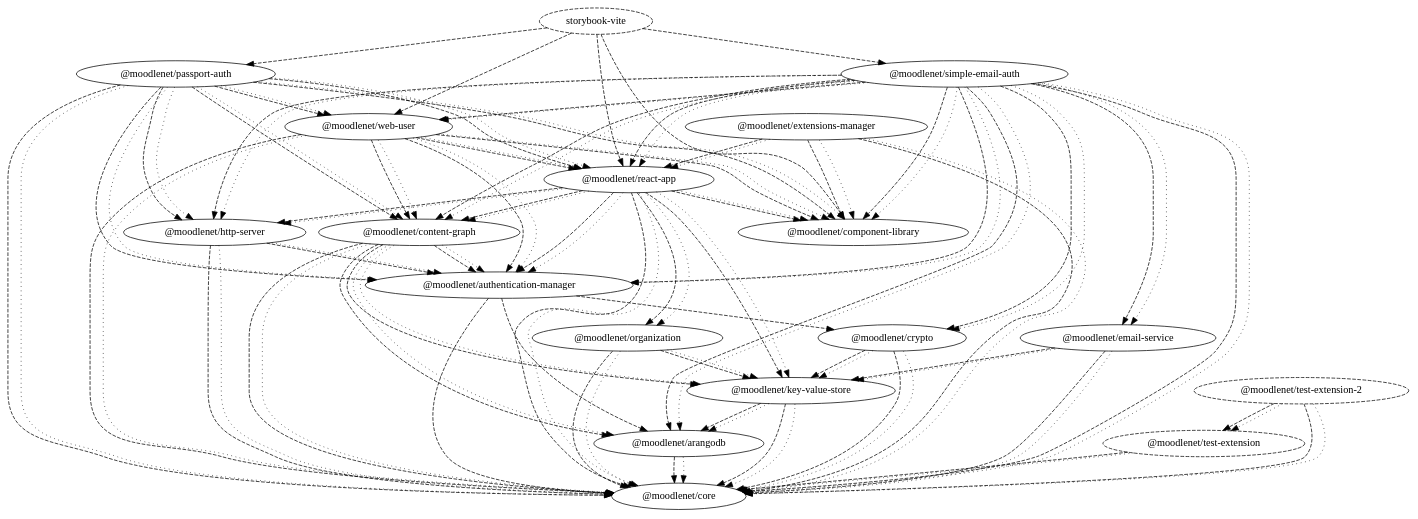
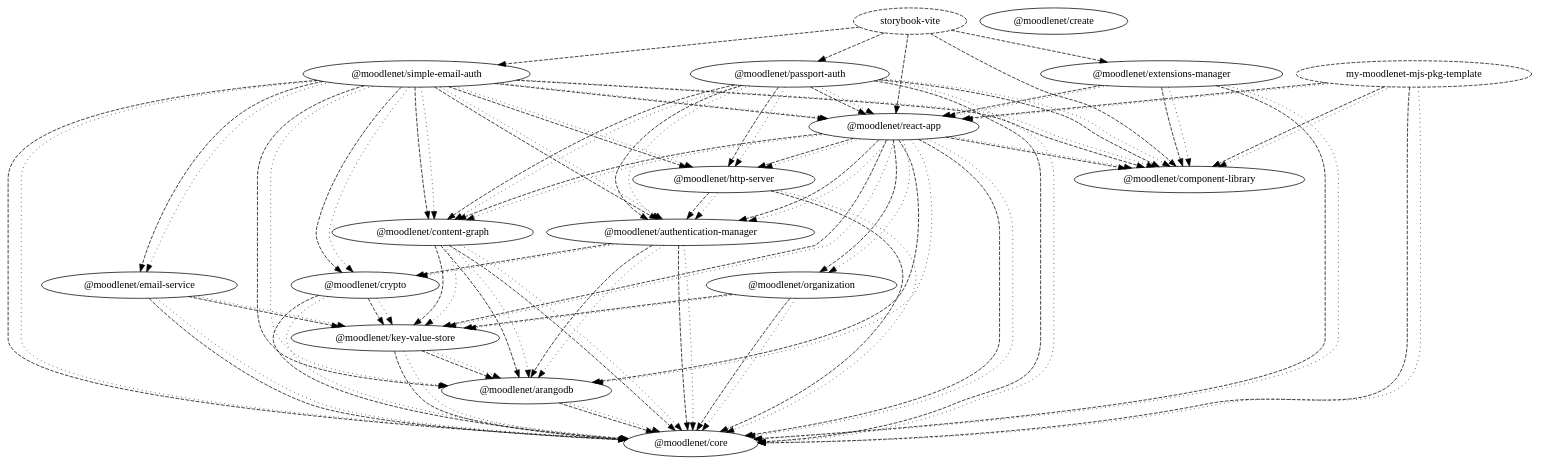
Before and after one commit to moodle/moodlenet: the diagram in dependency-graph.dot, drawn with Graphviz. The commit also changed 191 other files, not shown here.

```diff
--- a/dependency-graph.dot
+++ b/dependency-graph.dot
@@ -1,128 +1,116 @@
 digraph G {
   "@moodlenet/arangodb";
   "@moodlenet/core";
   "@moodlenet/authentication-manager";
   "@moodlenet/crypto";
   "@moodlenet/component-library";
   "@moodlenet/content-graph";
   "@moodlenet/key-value-store";
+  "@moodlenet/create";
   "@moodlenet/email-service";
   "@moodlenet/extensions-manager";
   "@moodlenet/react-app";
   "@moodlenet/http-server";
+  "my-moodlenet-mjs-pkg-template" [ style = "dashed" ];
   "@moodlenet/organization";
   "@moodlenet/passport-auth";
-  "@moodlenet/web-user";
   "@moodlenet/simple-email-auth";
   "storybook-vite" [ style = "dashed" ];
-  "@moodlenet/test-extension-2" [ style = "dashed" ];
-  "@moodlenet/test-extension" [ style = "dashed" ];
   "@moodlenet/arangodb" -> "@moodlenet/core" [ style = "dashed" ];
   "@moodlenet/arangodb" -> "@moodlenet/core" [ style = "dotted" ];
   "@moodlenet/authentication-manager" -> "@moodlenet/arangodb" [ style = "dashed" ];
   "@moodlenet/authentication-manager" -> "@moodlenet/core" [ style = "dashed" ];
   "@moodlenet/authentication-manager" -> "@moodlenet/crypto" [ style = "dashed" ];
+  "@moodlenet/authentication-manager" -> "@moodlenet/arangodb" [ style = "dotted" ];
+  "@moodlenet/authentication-manager" -> "@moodlenet/core" [ style = "dotted" ];
+  "@moodlenet/authentication-manager" -> "@moodlenet/crypto" [ style = "dotted" ];
   "@moodlenet/content-graph" -> "@moodlenet/arangodb" [ style = "dashed" ];
-  "@moodlenet/content-graph" -> "@moodlenet/authentication-manager" [ style = "dashed" ];
   "@moodlenet/content-graph" -> "@moodlenet/core" [ style = "dashed" ];
   "@moodlenet/content-graph" -> "@moodlenet/key-value-store" [ style = "dashed" ];
   "@moodlenet/content-graph" -> "@moodlenet/arangodb" [ style = "dotted" ];
-  "@moodlenet/content-graph" -> "@moodlenet/authentication-manager" [ style = "dotted" ];
   "@moodlenet/content-graph" -> "@moodlenet/core" [ style = "dotted" ];
   "@moodlenet/content-graph" -> "@moodlenet/key-value-store" [ style = "dotted" ];
   "@moodlenet/crypto" -> "@moodlenet/core" [ style = "dashed" ];
   "@moodlenet/crypto" -> "@moodlenet/key-value-store" [ style = "dashed" ];
   "@moodlenet/crypto" -> "@moodlenet/core" [ style = "dotted" ];
   "@moodlenet/crypto" -> "@moodlenet/key-value-store" [ style = "dotted" ];
   "@moodlenet/email-service" -> "@moodlenet/core" [ style = "dashed" ];
   "@moodlenet/email-service" -> "@moodlenet/key-value-store" [ style = "dashed" ];
   "@moodlenet/email-service" -> "@moodlenet/core" [ style = "dotted" ];
   "@moodlenet/email-service" -> "@moodlenet/key-value-store" [ style = "dotted" ];
+  "@moodlenet/extensions-manager" -> "@moodlenet/component-library" [ style = "dashed" ];
   "@moodlenet/extensions-manager" -> "@moodlenet/core" [ style = "dashed" ];
   "@moodlenet/extensions-manager" -> "@moodlenet/react-app" [ style = "dashed" ];
-  "@moodlenet/extensions-manager" -> "@moodlenet/component-library" [ style = "dashed" ];
+  "@moodlenet/extensions-manager" -> "@moodlenet/component-library" [ style = "dotted" ];
   "@moodlenet/extensions-manager" -> "@moodlenet/core" [ style = "dotted" ];
   "@moodlenet/extensions-manager" -> "@moodlenet/react-app" [ style = "dotted" ];
-  "@moodlenet/extensions-manager" -> "@moodlenet/component-library" [ style = "dotted" ];
   "@moodlenet/http-server" -> "@moodlenet/authentication-manager" [ style = "dashed" ];
   "@moodlenet/http-server" -> "@moodlenet/core" [ style = "dashed" ];
   "@moodlenet/http-server" -> "@moodlenet/authentication-manager" [ style = "dotted" ];
   "@moodlenet/http-server" -> "@moodlenet/core" [ style = "dotted" ];
   "@moodlenet/key-value-store" -> "@moodlenet/arangodb" [ style = "dashed" ];
   "@moodlenet/key-value-store" -> "@moodlenet/core" [ style = "dashed" ];
   "@moodlenet/key-value-store" -> "@moodlenet/arangodb" [ style = "dotted" ];
   "@moodlenet/key-value-store" -> "@moodlenet/core" [ style = "dotted" ];
+  "my-moodlenet-mjs-pkg-template" -> "@moodlenet/component-library" [ style = "dashed" ];
+  "my-moodlenet-mjs-pkg-template" -> "@moodlenet/core" [ style = "dashed" ];
+  "my-moodlenet-mjs-pkg-template" -> "@moodlenet/react-app" [ style = "dashed" ];
+  "my-moodlenet-mjs-pkg-template" -> "@moodlenet/component-library" [ style = "dotted" ];
+  "my-moodlenet-mjs-pkg-template" -> "@moodlenet/core" [ style = "dotted" ];
+  "my-moodlenet-mjs-pkg-template" -> "@moodlenet/react-app" [ style = "dotted" ];
   "@moodlenet/organization" -> "@moodlenet/core" [ style = "dashed" ];
   "@moodlenet/organization" -> "@moodlenet/key-value-store" [ style = "dashed" ];
   "@moodlenet/organization" -> "@moodlenet/core" [ style = "dotted" ];
   "@moodlenet/organization" -> "@moodlenet/key-value-store" [ style = "dotted" ];
+  "@moodlenet/passport-auth" -> "@moodlenet/authentication-manager" [ style = "dashed" ];
   "@moodlenet/passport-auth" -> "@moodlenet/component-library" [ style = "dashed" ];
-  "@moodlenet/passport-auth" -> "@moodlenet/authentication-manager" [ style = "dashed" ];
   "@moodlenet/passport-auth" -> "@moodlenet/content-graph" [ style = "dashed" ];
   "@moodlenet/passport-auth" -> "@moodlenet/core" [ style = "dashed" ];
   "@moodlenet/passport-auth" -> "@moodlenet/http-server" [ style = "dashed" ];
   "@moodlenet/passport-auth" -> "@moodlenet/react-app" [ style = "dashed" ];
-  "@moodlenet/passport-auth" -> "@moodlenet/web-user" [ style = "dashed" ];
+  "@moodlenet/passport-auth" -> "@moodlenet/authentication-manager" [ style = "dotted" ];
   "@moodlenet/passport-auth" -> "@moodlenet/component-library" [ style = "dotted" ];
-  "@moodlenet/passport-auth" -> "@moodlenet/authentication-manager" [ style = "dotted" ];
   "@moodlenet/passport-auth" -> "@moodlenet/content-graph" [ style = "dotted" ];
   "@moodlenet/passport-auth" -> "@moodlenet/core" [ style = "dotted" ];
   "@moodlenet/passport-auth" -> "@moodlenet/http-server" [ style = "dotted" ];
   "@moodlenet/passport-auth" -> "@moodlenet/react-app" [ style = "dotted" ];
-  "@moodlenet/passport-auth" -> "@moodlenet/web-user" [ style = "dotted" ];
+  "@moodlenet/react-app" -> "@moodlenet/arangodb" [ style = "dashed" ];
   "@moodlenet/react-app" -> "@moodlenet/authentication-manager" [ style = "dashed" ];
   "@moodlenet/react-app" -> "@moodlenet/component-library" [ style = "dashed" ];
   "@moodlenet/react-app" -> "@moodlenet/content-graph" [ style = "dashed" ];
   "@moodlenet/react-app" -> "@moodlenet/core" [ style = "dashed" ];
   "@moodlenet/react-app" -> "@moodlenet/http-server" [ style = "dashed" ];
   "@moodlenet/react-app" -> "@moodlenet/key-value-store" [ style = "dashed" ];
   "@moodlenet/react-app" -> "@moodlenet/organization" [ style = "dashed" ];
+  "@moodlenet/react-app" -> "@moodlenet/arangodb" [ style = "dotted" ];
   "@moodlenet/react-app" -> "@moodlenet/authentication-manager" [ style = "dotted" ];
   "@moodlenet/react-app" -> "@moodlenet/component-library" [ style = "dotted" ];
   "@moodlenet/react-app" -> "@moodlenet/content-graph" [ style = "dotted" ];
   "@moodlenet/react-app" -> "@moodlenet/core" [ style = "dotted" ];
   "@moodlenet/react-app" -> "@moodlenet/http-server" [ style = "dotted" ];
   "@moodlenet/react-app" -> "@moodlenet/key-value-store" [ style = "dotted" ];
   "@moodlenet/react-app" -> "@moodlenet/organization" [ style = "dotted" ];
-  "@moodlenet/simple-email-auth" -> "@moodlenet/component-library" [ style = "dashed" ];
   "@moodlenet/simple-email-auth" -> "@moodlenet/arangodb" [ style = "dashed" ];
   "@moodlenet/simple-email-auth" -> "@moodlenet/authentication-manager" [ style = "dashed" ];
+  "@moodlenet/simple-email-auth" -> "@moodlenet/component-library" [ style = "dashed" ];
   "@moodlenet/simple-email-auth" -> "@moodlenet/content-graph" [ style = "dashed" ];
   "@moodlenet/simple-email-auth" -> "@moodlenet/core" [ style = "dashed" ];
   "@moodlenet/simple-email-auth" -> "@moodlenet/crypto" [ style = "dashed" ];
   "@moodlenet/simple-email-auth" -> "@moodlenet/email-service" [ style = "dashed" ];
   "@moodlenet/simple-email-auth" -> "@moodlenet/http-server" [ style = "dashed" ];
   "@moodlenet/simple-email-auth" -> "@moodlenet/react-app" [ style = "dashed" ];
-  "@moodlenet/simple-email-auth" -> "@moodlenet/web-user" [ style = "dashed" ];
-  "@moodlenet/simple-email-auth" -> "@moodlenet/component-library" [ style = "dotted" ];
   "@moodlenet/simple-email-auth" -> "@moodlenet/arangodb" [ style = "dotted" ];
   "@moodlenet/simple-email-auth" -> "@moodlenet/authentication-manager" [ style = "dotted" ];
+  "@moodlenet/simple-email-auth" -> "@moodlenet/component-library" [ style = "dotted" ];
   "@moodlenet/simple-email-auth" -> "@moodlenet/content-graph" [ style = "dotted" ];
   "@moodlenet/simple-email-auth" -> "@moodlenet/core" [ style = "dotted" ];
   "@moodlenet/simple-email-auth" -> "@moodlenet/crypto" [ style = "dotted" ];
   "@moodlenet/simple-email-auth" -> "@moodlenet/email-service" [ style = "dotted" ];
   "@moodlenet/simple-email-auth" -> "@moodlenet/http-server" [ style = "dotted" ];
   "@moodlenet/simple-email-auth" -> "@moodlenet/react-app" [ style = "dotted" ];
-  "@moodlenet/simple-email-auth" -> "@moodlenet/web-user" [ style = "dotted" ];
   "storybook-vite" -> "@moodlenet/component-library" [ style = "dashed" ];
-  "storybook-vite" -> "@moodlenet/simple-email-auth" [ style = "dashed" ];
+  "storybook-vite" -> "@moodlenet/extensions-manager" [ style = "dashed" ];
   "storybook-vite" -> "@moodlenet/passport-auth" [ style = "dashed" ];
   "storybook-vite" -> "@moodlenet/react-app" [ style = "dashed" ];
-  "storybook-vite" -> "@moodlenet/web-user" [ style = "dashed" ];
-  "@moodlenet/test-extension-2" -> "@moodlenet/core" [ style = "dashed" ];
-  "@moodlenet/test-extension-2" -> "@moodlenet/test-extension" [ style = "dashed" ];
-  "@moodlenet/test-extension-2" -> "@moodlenet/core" [ style = "dotted" ];
-  "@moodlenet/test-extension-2" -> "@moodlenet/test-extension" [ style = "dotted" ];
-  "@moodlenet/test-extension" -> "@moodlenet/core" [ style = "dashed" ];
-  "@moodlenet/test-extension" -> "@moodlenet/core" [ style = "dotted" ];
-  "@moodlenet/web-user" -> "@moodlenet/authentication-manager" [ style = "dashed" ];
-  "@moodlenet/web-user" -> "@moodlenet/component-library" [ style = "dashed" ];
-  "@moodlenet/web-user" -> "@moodlenet/content-graph" [ style = "dashed" ];
-  "@moodlenet/web-user" -> "@moodlenet/core" [ style = "dashed" ];
-  "@moodlenet/web-user" -> "@moodlenet/react-app" [ style = "dashed" ];
-  "@moodlenet/web-user" -> "@moodlenet/authentication-manager" [ style = "dotted" ];
-  "@moodlenet/web-user" -> "@moodlenet/component-library" [ style = "dotted" ];
-  "@moodlenet/web-user" -> "@moodlenet/content-graph" [ style = "dotted" ];
-  "@moodlenet/web-user" -> "@moodlenet/core" [ style = "dotted" ];
-  "@moodlenet/web-user" -> "@moodlenet/react-app" [ style = "dotted" ];
+  "storybook-vite" -> "@moodlenet/simple-email-auth" [ style = "dashed" ];
 }
```
